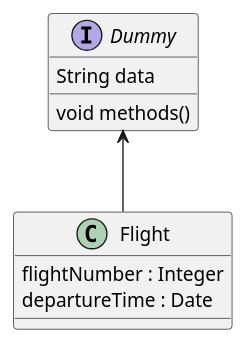
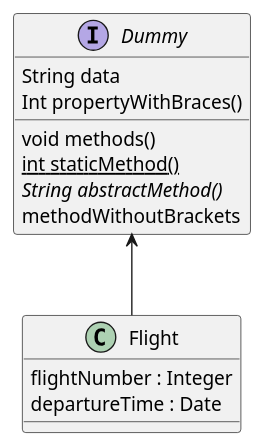
Before and after one commit to Tomas124589/pyplaml: the diagram in examples/07_class_body.puml, drawn with PlantUML. The commit also changed 4 other files, not shown here.

Commit message:
Added field, method, static, abstract flags to class attributes

```diff
--- a/examples/07_class_body.puml
+++ b/examples/07_class_body.puml
@@ -1,13 +1,18 @@
 @startuml "Class Body"
 interface Dummy {
   String data
+  {field} Int propertyWithBraces()
+
   void methods()
+  {static} int staticMethod()
+  {abstract} String abstractMethod()
+  {method} methodWithoutBrackets
 }
 
 class Flight {
    flightNumber : Integer
    departureTime : Date
 }
 
 Dummy <-- Flight
 @enduml
```
